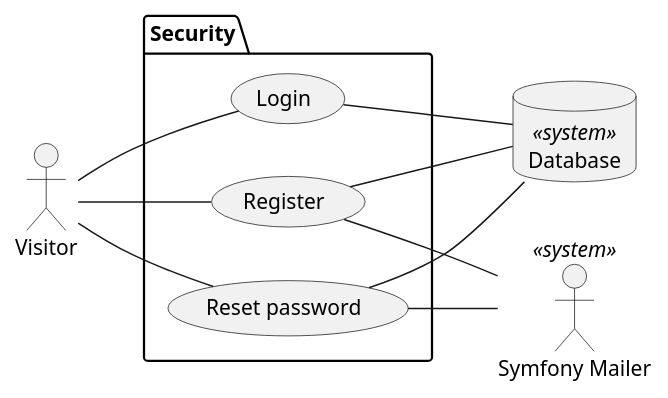
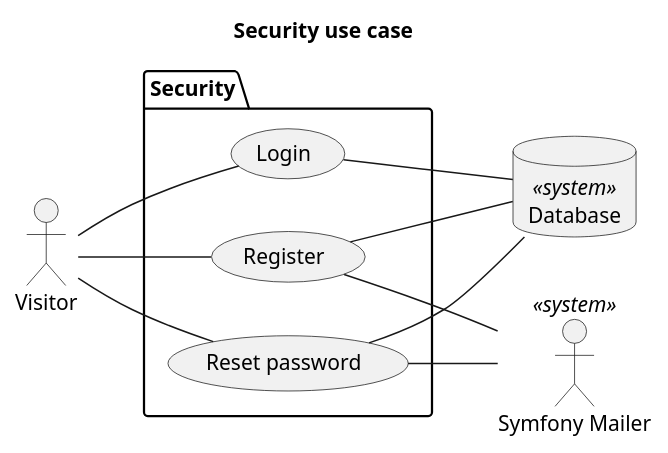
One commit to acecconato/AnthonyCecconato_5_18102021 changed the diagram in docs/puml/usecase/security.puml. Above: the diagram before and after it, drawn with PlantUML. The commit also changed 33 other files, not shown here.

```diff
--- a/docs/puml/usecase/security.puml
+++ b/docs/puml/usecase/security.puml
@@ -1,30 +1,32 @@
 @startuml
 left to right direction
+
+title Security use case
 
 ' Actors
 actor Visitor
 
 ' <<system>>
 actor "Symfony Mailer" as SymfonyMailer <<system>>
 Database Database <<system>>
 
 ' Package definition
 package "Security" {
     usecase "Login"
     usecase "Register"
     usecase "Reset password" as ResetPassword
 }
 
 ' Relations
 Visitor -- Register
 Visitor -- Login
 Visitor -- ResetPassword
 
 Register -- SymfonyMailer
 ResetPassword -- SymfonyMailer
 
 Login -- Database
 Register -- Database
 ResetPassword -- Database
 
 @enduml
```
